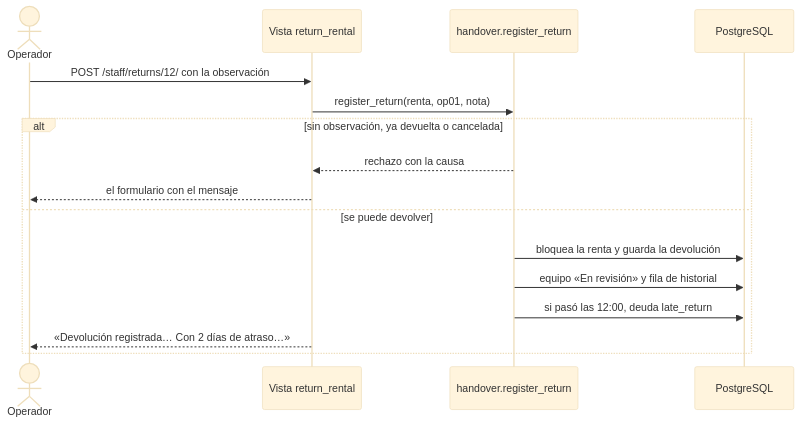
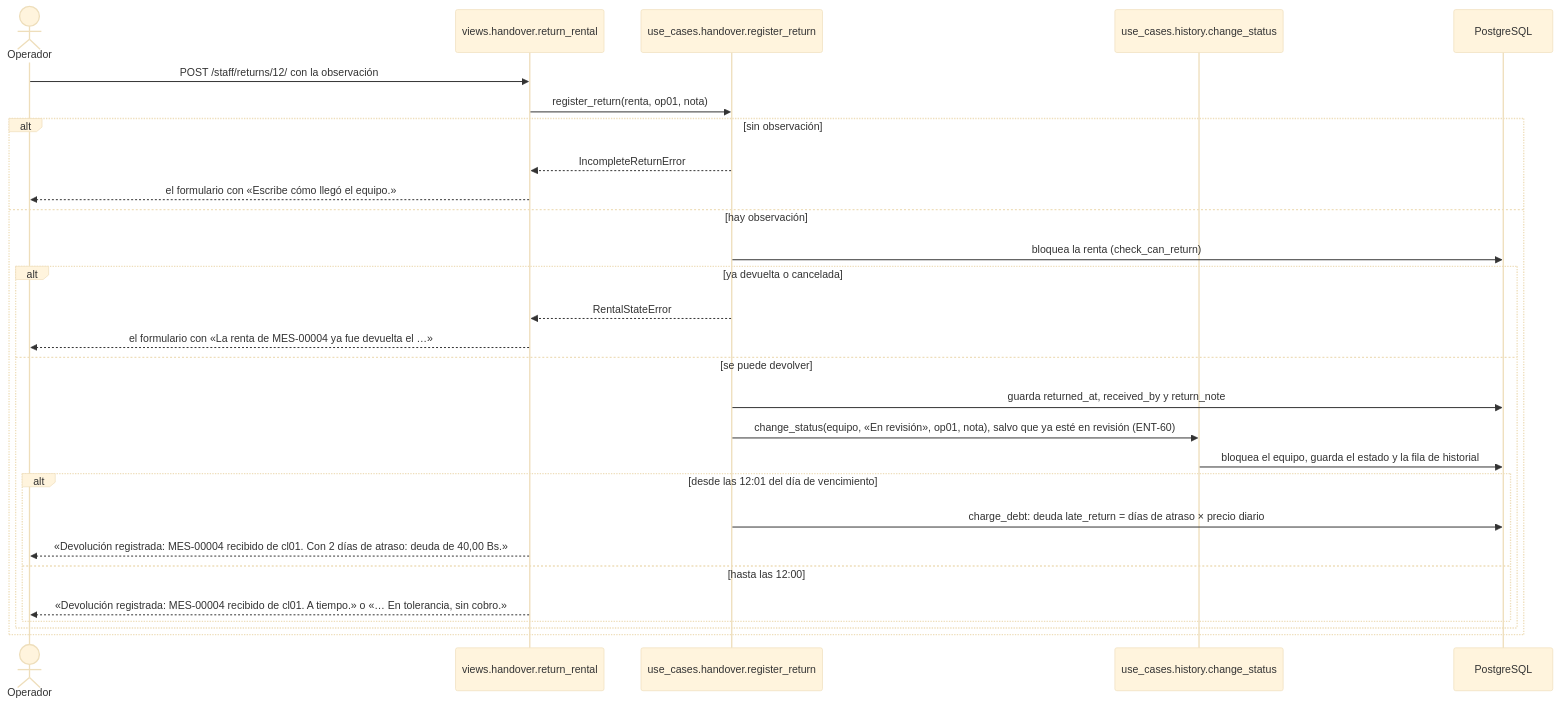
Before and after one commit to peterteranb/astra-rent-system: the tenth of 17 diagrams in docs/casos-de-uso.md, drawn with Mermaid (base theme). The commit also changed other lines of this file and 12 other files, not shown here.

Commit message:
docs: final docs index, decisions and checked sequence diagrams

````diff
--- a/docs/casos-de-uso.md
+++ b/docs/casos-de-uso.md
@@ -414,18 +500,30 @@
 ```mermaid
 sequenceDiagram
     actor O as Operador
-    participant V as Vista return_rental
-    participant U as handover.register_return
+    participant V as views.handover.return_rental
+    participant U as use_cases.handover.register_return
+    participant H as use_cases.history.change_status
     participant BD as PostgreSQL
     O->>V: POST /staff/returns/12/ con la observación
     V->>U: register_return(renta, op01, nota)
-    alt sin observación, ya devuelta o cancelada
-        U-->>V: rechazo con la causa
-        V-->>O: el formulario con el mensaje
-    else se puede devolver
-        U->>BD: bloquea la renta y guarda la devolución
-        U->>BD: equipo «En revisión» y fila de historial
-        U->>BD: si pasó las 12:00, deuda late_return
-        V-->>O: «Devolución registrada… Con 2 días de atraso…»
+    alt sin observación
+        U-->>V: IncompleteReturnError
+        V-->>O: el formulario con «Escribe cómo llegó el equipo.»
+    else hay observación
+        U->>BD: bloquea la renta (check_can_return)
+        alt ya devuelta o cancelada
+            U-->>V: RentalStateError
+            V-->>O: el formulario con «La renta de MES-00004 ya fue devuelta el …»
+        else se puede devolver
+            U->>BD: guarda returned_at, received_by y return_note
+            U->>H: change_status(equipo, «En revisión», op01, nota), salvo que ya esté en revisión (ENT-60)
+            H->>BD: bloquea el equipo, guarda el estado y la fila de historial
+            alt desde las 12:01 del día de vencimiento
+                U->>BD: charge_debt: deuda late_return = días de atraso × precio diario
+                V-->>O: «Devolución registrada: MES-00004 recibido de cl01. Con 2 días de atraso: deuda de 40,00 Bs.»
+            else hasta las 12:00
+                V-->>O: «Devolución registrada: MES-00004 recibido de cl01. A tiempo.» o «… En tolerancia, sin cobro.»
+            end
+        end
     end
 ```
````
